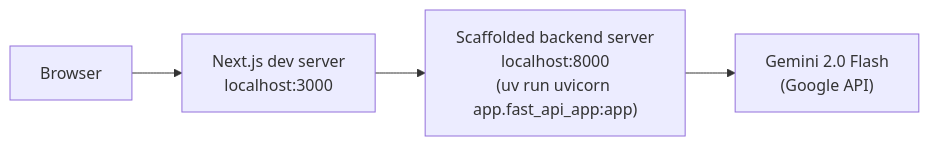
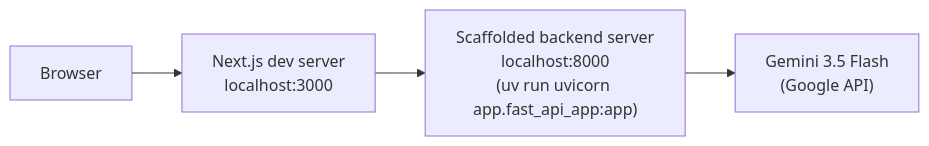
The third of 4 diagrams in ARCHITECTURE.md (joshuawenghao/Study-guide-generation), drawn with Mermaid before and after one commit. The commit also changed other lines of this file and 4 other files, not shown here.

First line of the commit message:
docs: add prompt reference and update model version to gemini-3.5-flash

````diff
--- a/ARCHITECTURE.md
+++ b/ARCHITECTURE.md
@@ -646,6 +646,6 @@
 ```mermaid
 flowchart LR
     Browser --> NextJS["Next.js dev server\nlocalhost:3000"]
     NextJS --> ADK["Scaffolded backend server\nlocalhost:8000\n(uv run uvicorn app.fast_api_app:app)"]
-    ADK --> Gemini["Gemini 2.0 Flash\n(Google API)"]
+    ADK --> Gemini["Gemini 3.5 Flash\n(Google API)"]
 ```
````
